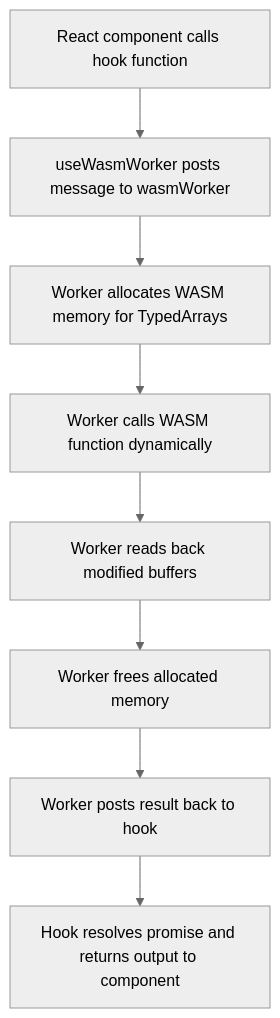
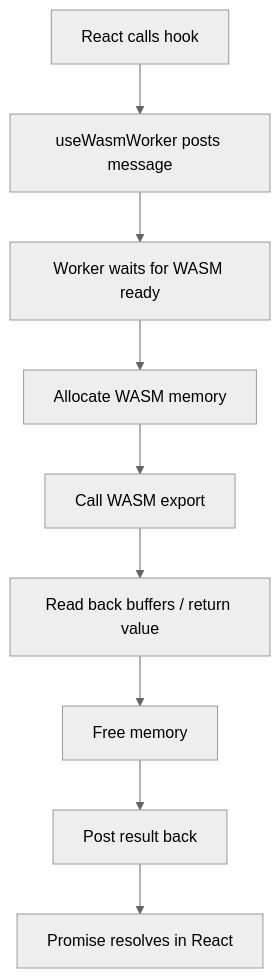
Before and after one commit to Ryan-Millard/Img2Num: the diagram in docs/docs/reference/react/hooks/useWasmWorker/index.md, drawn with Mermaid (neutral theme). The commit also changed other lines of this file and 97 other files, not shown here.

````diff
--- a/docs/docs/reference/react/hooks/useWasmWorker/index.md
+++ b/docs/docs/reference/react/hooks/useWasmWorker/index.md
@@ -149,10 +371,11 @@
 ```mermaid
 flowchart TD
-    A["React component calls hook function"] --> B["useWasmWorker posts message to wasmWorker"]
-    B --> C["Worker allocates WASM memory for TypedArrays"]
-    C --> D["Worker calls WASM function dynamically"]
-    D --> E["Worker reads back modified buffers"]
-    E --> F["Worker frees allocated memory"]
-    F --> G["Worker posts result back to hook"]
-    G --> H["Hook resolves promise and returns output to component"]
+  A[React calls hook] --> B[useWasmWorker posts message]
+  B --> C[Worker waits for WASM ready]
+  C --> D[Allocate WASM memory]
+  D --> E[Call WASM export]
+  E --> F[Read back buffers / return value]
+  F --> G[Free memory]
+  G --> H[Post result back]
+  H --> I[Promise resolves in React]
 ```
````
